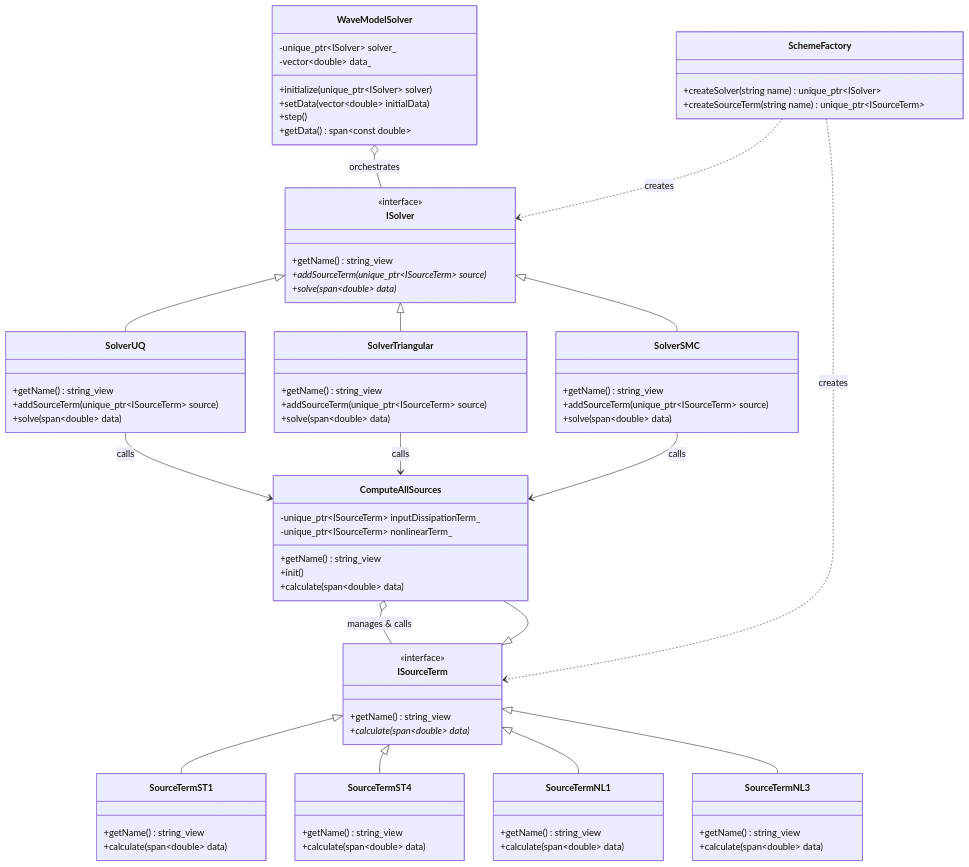
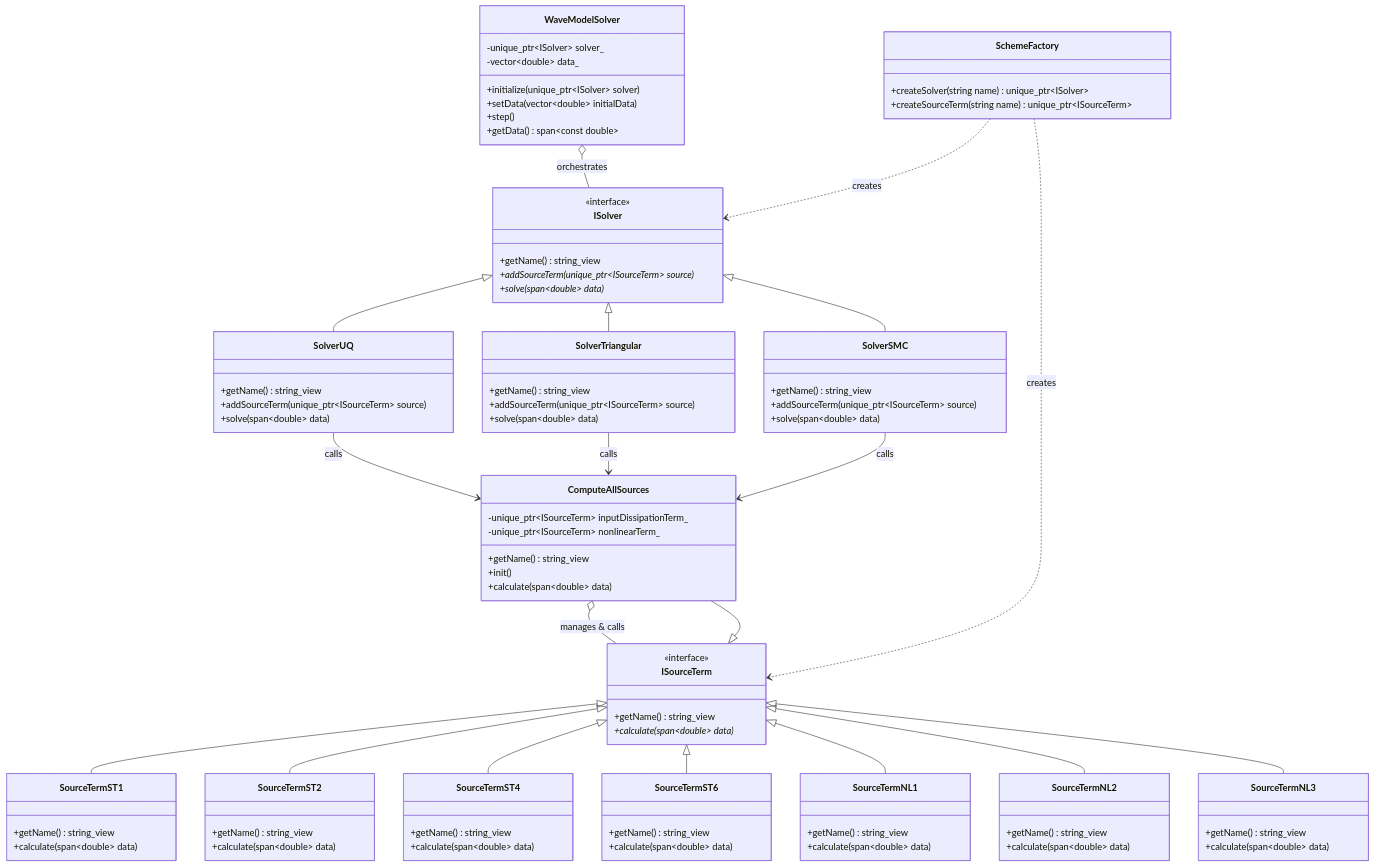
The third of 3 diagrams in ARCHITECTURE.md (HendrikTolman-NOAA/WW4_HLT), drawn with Mermaid before and after one commit. The commit also changed other lines of this file and 17 other files, not shown here.

First line of the commit message:
Add ST2, ST6, NL2 options and ensure ARCHITECTURE.md consistency

```diff
--- a/ARCHITECTURE.md
+++ b/ARCHITECTURE.md
@@ -151,12 +151,27 @@
         +calculate(span~double~ data)
     }
 
+    class SourceTermST2 {
+        +getName() string_view
+        +calculate(span~double~ data)
+    }
+
     class SourceTermST4 {
         +getName() string_view
         +calculate(span~double~ data)
     }
 
+    class SourceTermST6 {
+        +getName() string_view
+        +calculate(span~double~ data)
+    }
+
     class SourceTermNL1 {
+        +getName() string_view
+        +calculate(span~double~ data)
+    }
+
+    class SourceTermNL2 {
         +getName() string_view
         +calculate(span~double~ data)
     }
@@ -180,8 +195,11 @@
     SolverSMC --> ComputeAllSources : calls
     ISourceTerm <|-- ComputeAllSources
     ISourceTerm <|-- SourceTermST1
+    ISourceTerm <|-- SourceTermST2
     ISourceTerm <|-- SourceTermST4
+    ISourceTerm <|-- SourceTermST6
     ISourceTerm <|-- SourceTermNL1
+    ISourceTerm <|-- SourceTermNL2
     ISourceTerm <|-- SourceTermNL3
     ComputeAllSources o-- ISourceTerm : manages & calls
     SchemeFactory ..> ISolver : creates
```
